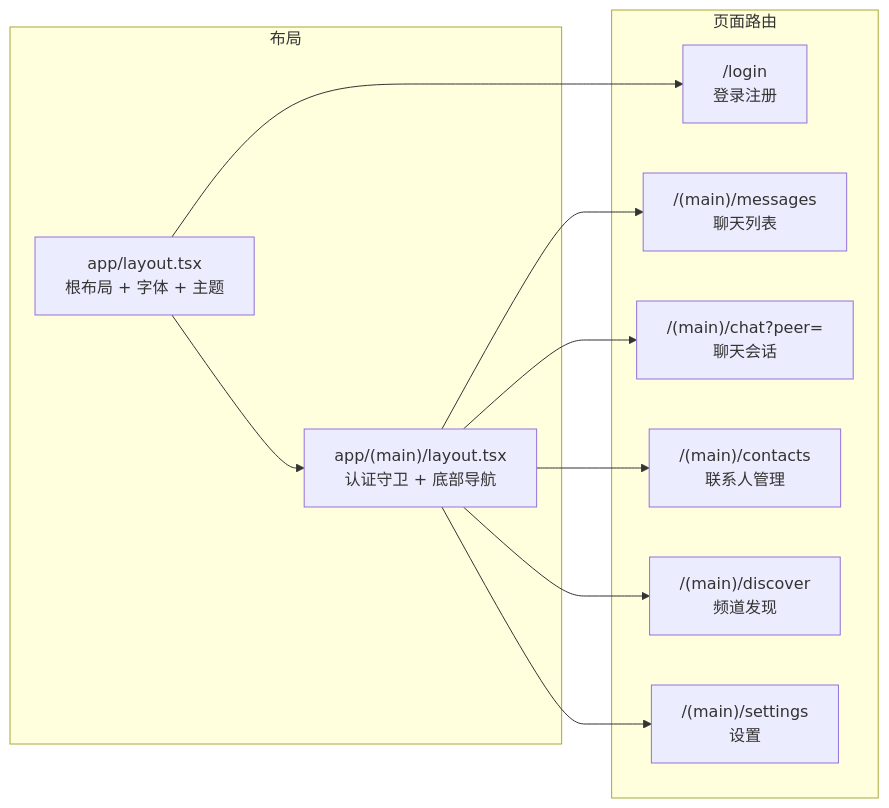
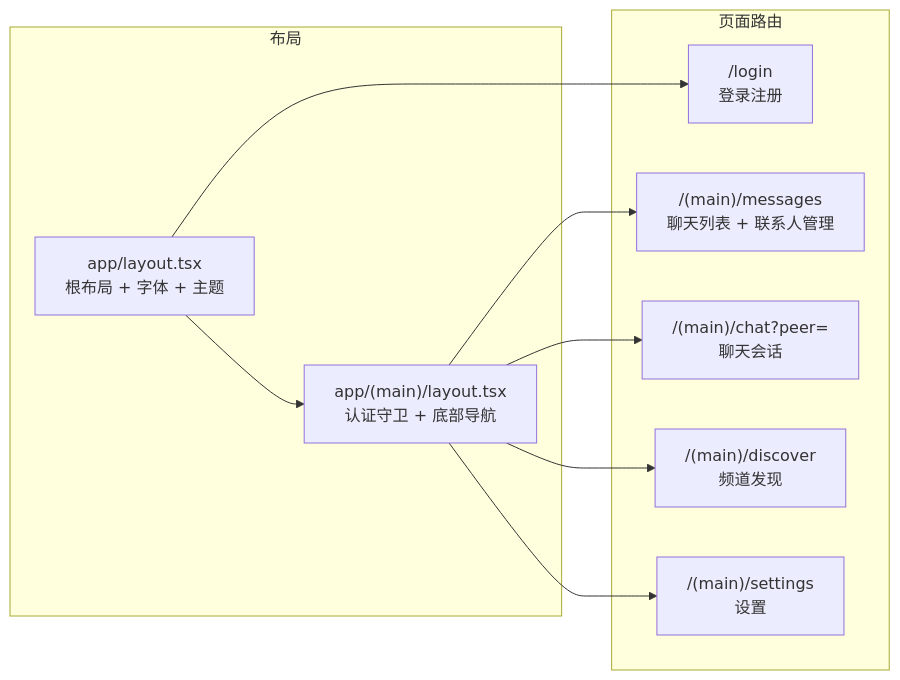
Before and after one commit to finger-fan/dodo-box: the second of 11 diagrams in docs/architecture.md, drawn with Mermaid. The commit also changed other lines of this file and 12 other files, not shown here.

First line of the commit message:
feat(contacts): merge contacts tab into messages page (4 tabs -> 3)

````diff
--- a/docs/architecture.md
+++ b/docs/architecture.md
@@ -140,24 +139,22 @@
 ```mermaid
 graph LR
     subgraph Pages["页面路由"]
         Login["/login<br/>登录注册"]
-        Messages["/(main)/messages<br/>聊天列表"]
+        Messages["/(main)/messages<br/>聊天列表 + 联系人管理"]
         ChatDetail["/(main)/chat?peer=<br/>聊天会话"]
-        Contacts["/(main)/contacts<br/>联系人管理"]
         Discover["/(main)/discover<br/>频道发现"]
         Settings["/(main)/settings<br/>设置"]
     end
 
     subgraph Layout["布局"]
         Root["app/layout.tsx<br/>根布局 + 字体 + 主题"]
         Main["app/(main)/layout.tsx<br/>认证守卫 + 底部导航"]
     end
 
     Root --> Login
     Root --> Main
     Main --> Messages
     Main --> ChatDetail
-    Main --> Contacts
     Main --> Discover
     Main --> Settings
 ```
````
